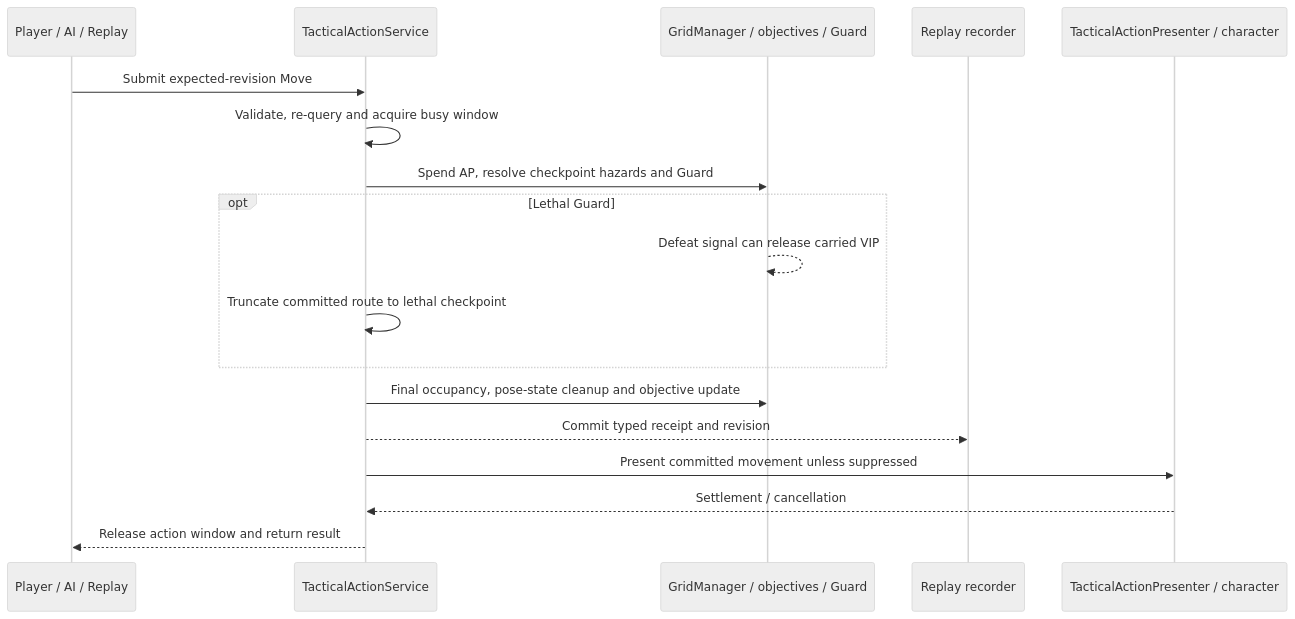
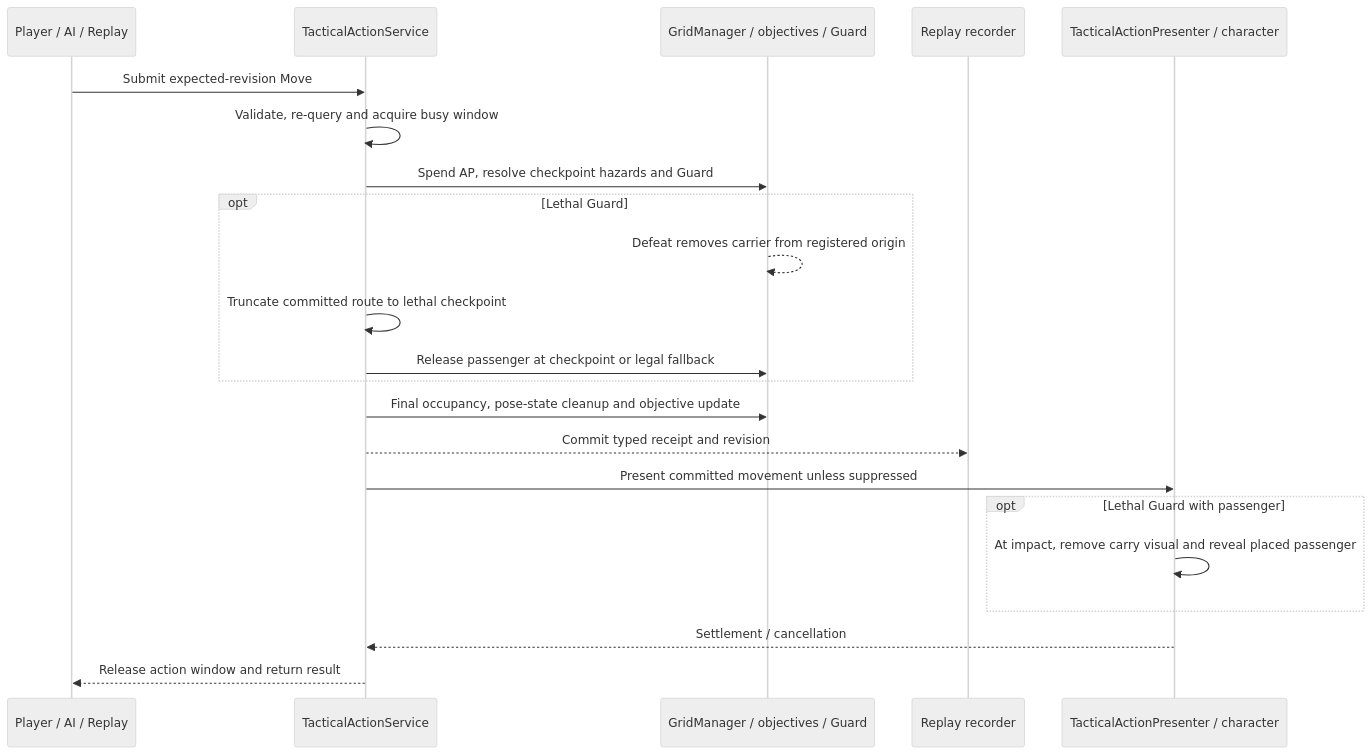
One commit to Melo9002/fusefire-proving-grounds changed the fourth of 4 diagrams in docs/quality/movement-06-step01-architecture.md. Above: the diagram before and after it, drawn with Mermaid (neutral theme). The commit also changed other lines of this file and 16 other files, not shown here.

Commit message:
Release passengers at lethal movement checkpoints

````diff
--- a/docs/quality/movement-06-step01-architecture.md
+++ b/docs/quality/movement-06-step01-architecture.md
@@ -79,20 +79,24 @@
 ```mermaid
 sequenceDiagram
   participant H as Player / AI / Replay
   participant S as TacticalActionService
   participant W as GridManager / objectives / Guard
   participant R as Replay recorder
   participant P as TacticalActionPresenter / character
   H->>S: Submit expected-revision Move
   S->>S: Validate, re-query and acquire busy window
   S->>W: Spend AP, resolve checkpoint hazards and Guard
   opt Lethal Guard
-    W-->>W: Defeat signal can release carried VIP
+    W-->>W: Defeat removes carrier from registered origin
     S->>S: Truncate committed route to lethal checkpoint
+    S->>W: Release passenger at checkpoint or legal fallback
   end
   S->>W: Final occupancy, pose-state cleanup and objective update
   S-->>R: Commit typed receipt and revision
   S->>P: Present committed movement unless suppressed
+  opt Lethal Guard with passenger
+    P->>P: At impact, remove carry visual and reveal placed passenger
+  end
   P-->>S: Settlement / cancellation
   S-->>H: Release action window and return result
 ```
````
